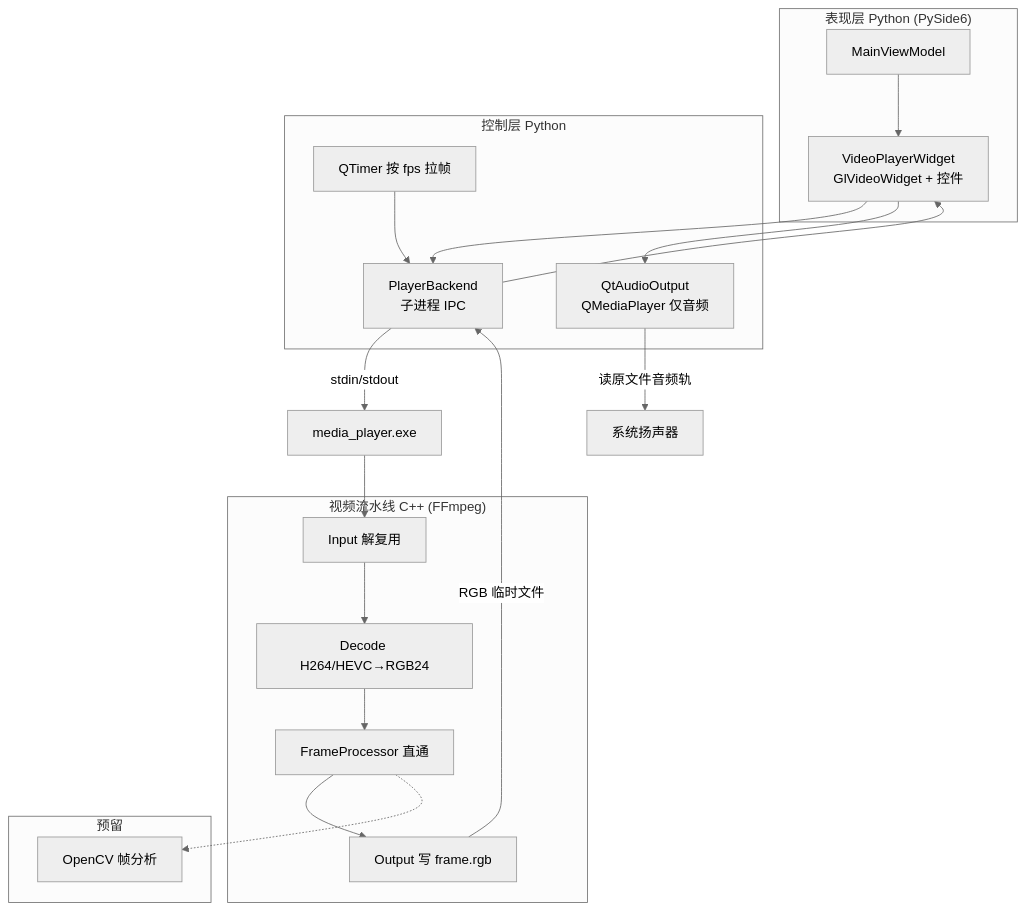
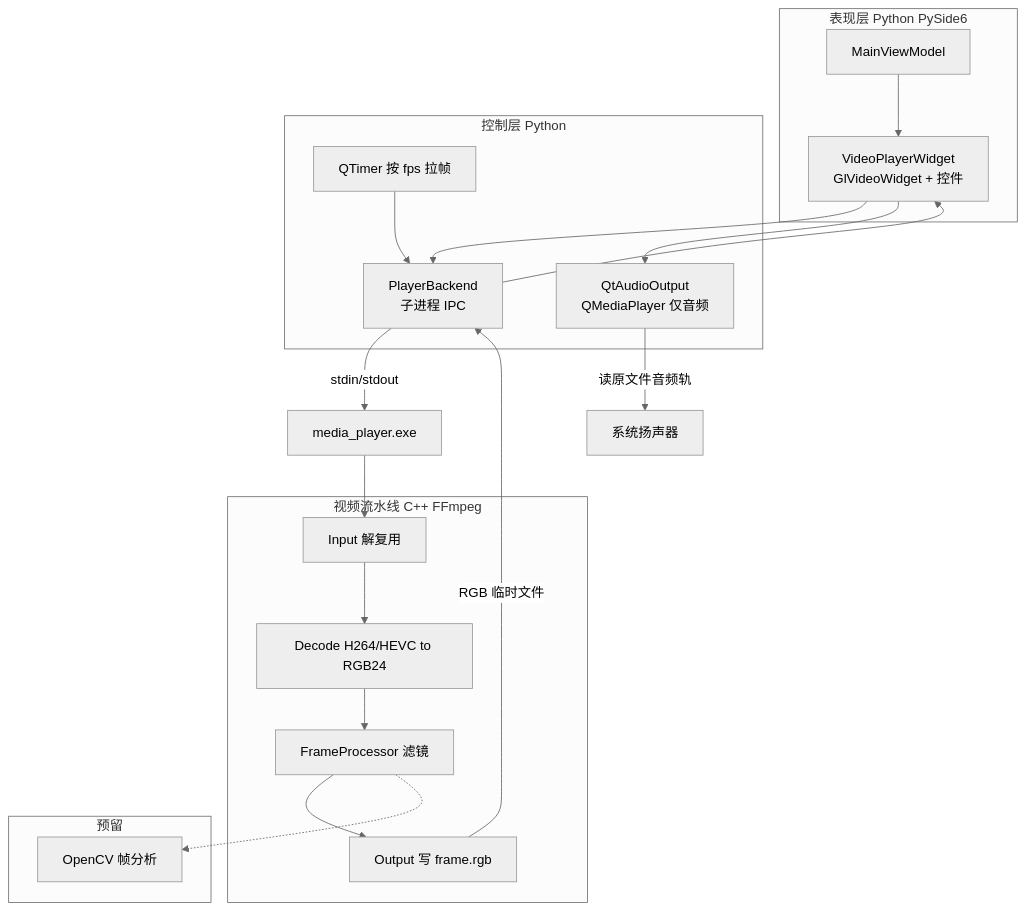
The diagram in docs/流程图/README.md (xjyxxx/MusicEditing), drawn with Mermaid (neutral theme) before and after one commit. The commit also changed other lines of this file and 13 other files, not shown here.

````diff
--- a/docs/流程图/README.md
+++ b/docs/流程图/README.md
@@ -15,67 +10,34 @@
 ```mermaid
-
 flowchart TB
-
-    subgraph UI["表现层 Python (PySide6)"]
-
+    subgraph UI["表现层 Python PySide6"]
         Widget["VideoPlayerWidget\nGlVideoWidget + 控件"]
-
         VM["MainViewModel"]
-
     end
 
-
-
     subgraph CTRL["控制层 Python"]
-
         Backend["PlayerBackend\n子进程 IPC"]
-
         QtAudio["QtAudioOutput\nQMediaPlayer 仅音频"]
-
         Timer["QTimer 按 fps 拉帧"]
-
     end
 
-
-
-    subgraph VIDEO["视频流水线 C++ (FFmpeg)"]
-
+    subgraph VIDEO["视频流水线 C++ FFmpeg"]
         Input["Input 解复用"]
-
-        Decode["Decode H264/HEVC→RGB24"]
-
-        Process["FrameProcessor 直通"]
-
+        Decode["Decode H264/HEVC to RGB24"]
+        Process["FrameProcessor 滤镜"]
         Output["Output 写 frame.rgb"]
-
     end
 
-
-
     subgraph RESERVE["预留"]
-
-        OpenCV["OpenCV 帧分析"]
-
+        OpenCVExtra["OpenCV 帧分析"]
     end
 
-
-
     Widget --> Backend
-
     Widget --> QtAudio
-
     VM --> Widget
-
     Timer --> Backend
-
     Backend -->|stdin/stdout| PlayerExe["media_player.exe"]
-
     PlayerExe --> Input --> Decode --> Process --> Output
-
-    Process -.-> OpenCV
-
+    Process -.-> OpenCVExtra
     Output -->|RGB 临时文件| Backend --> Widget
-
     QtAudio -->|读原文件音频轨| Speaker["系统扬声器"]
-
 ```
````
